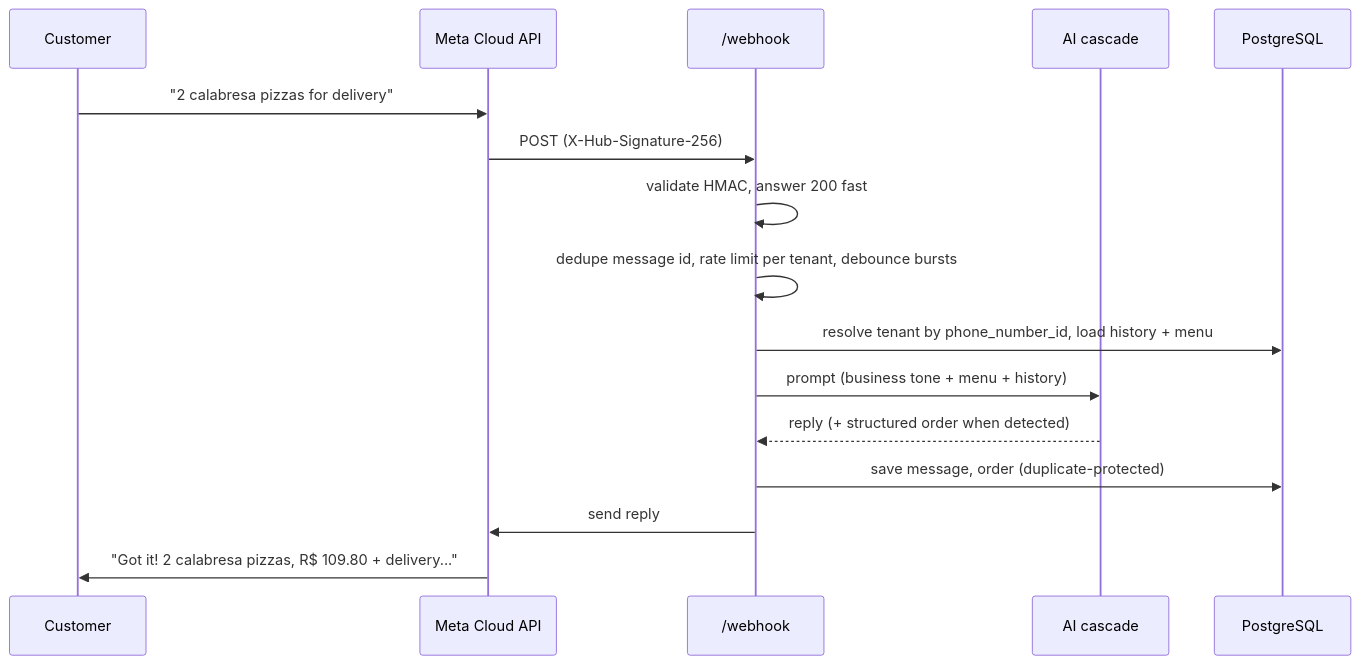
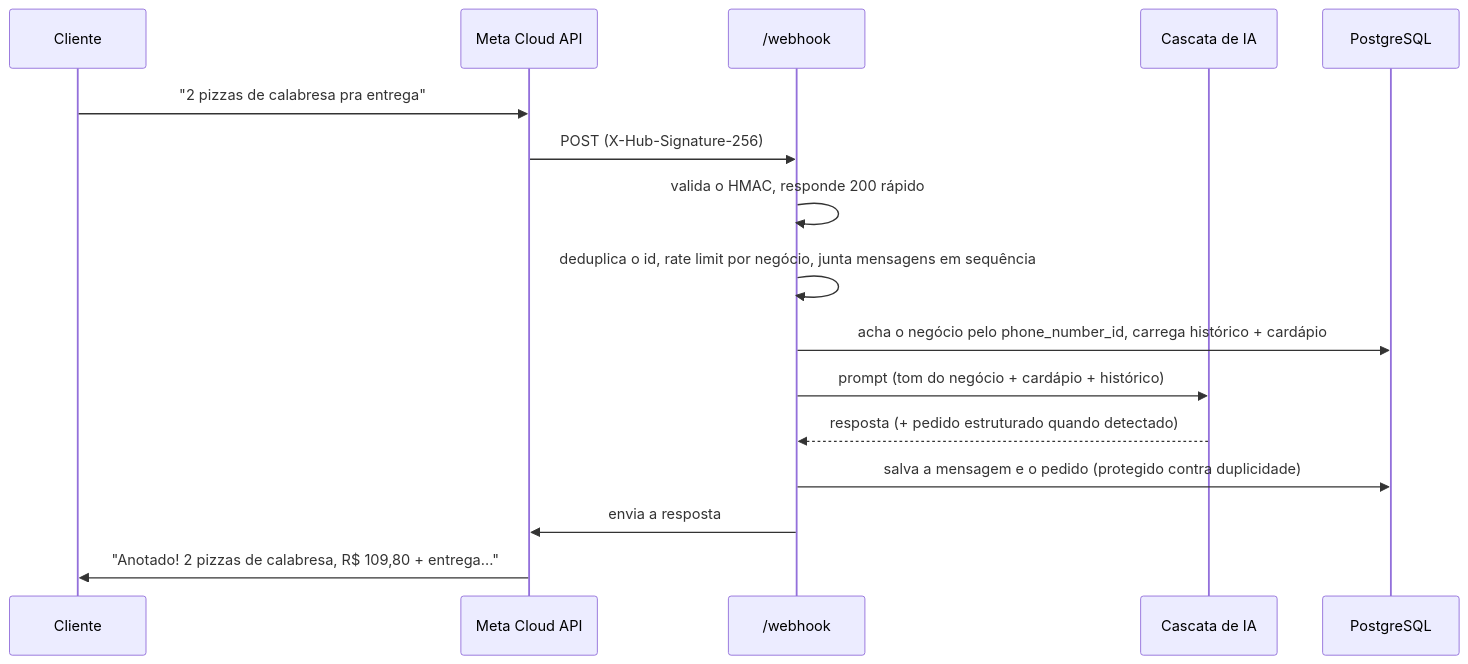
One commit to darkslipx/zapsync-showcase changed the first of 3 diagrams in docs/architecture.md. Above: the diagram before and after it, drawn with Mermaid. The commit also changed other lines of this file and 3 other files, not shown here.

````diff
--- a/docs/architecture.md
+++ b/docs/architecture.md
@@ -16,18 +18,18 @@
 ```mermaid
 sequenceDiagram
-  participant C as Customer
+  participant C as Cliente
   participant M as Meta Cloud API
   participant W as /webhook
-  participant AI as AI cascade
+  participant AI as Cascata de IA
   participant DB as PostgreSQL
-  C->>M: "2 calabresa pizzas for delivery"
+  C->>M: "2 pizzas de calabresa pra entrega"
   M->>W: POST (X-Hub-Signature-256)
-  W->>W: validate HMAC, answer 200 fast
-  W->>W: dedupe message id, rate limit per tenant, debounce bursts
-  W->>DB: resolve tenant by phone_number_id, load history + menu
-  W->>AI: prompt (business tone + menu + history)
-  AI-->>W: reply (+ structured order when detected)
-  W->>DB: save message, order (duplicate-protected)
-  W->>M: send reply
-  M->>C: "Got it! 2 calabresa pizzas, R$ 109.80 + delivery..."
+  W->>W: valida o HMAC, responde 200 rápido
+  W->>W: deduplica o id, rate limit por negócio, junta mensagens em sequência
+  W->>DB: acha o negócio pelo phone_number_id, carrega histórico + cardápio
+  W->>AI: prompt (tom do negócio + cardápio + histórico)
+  AI-->>W: resposta (+ pedido estruturado quando detectado)
+  W->>DB: salva a mensagem e o pedido (protegido contra duplicidade)
+  W->>M: envia a resposta
+  M->>C: "Anotado! 2 pizzas de calabresa, R$ 109,80 + entrega..."
 ```
````
